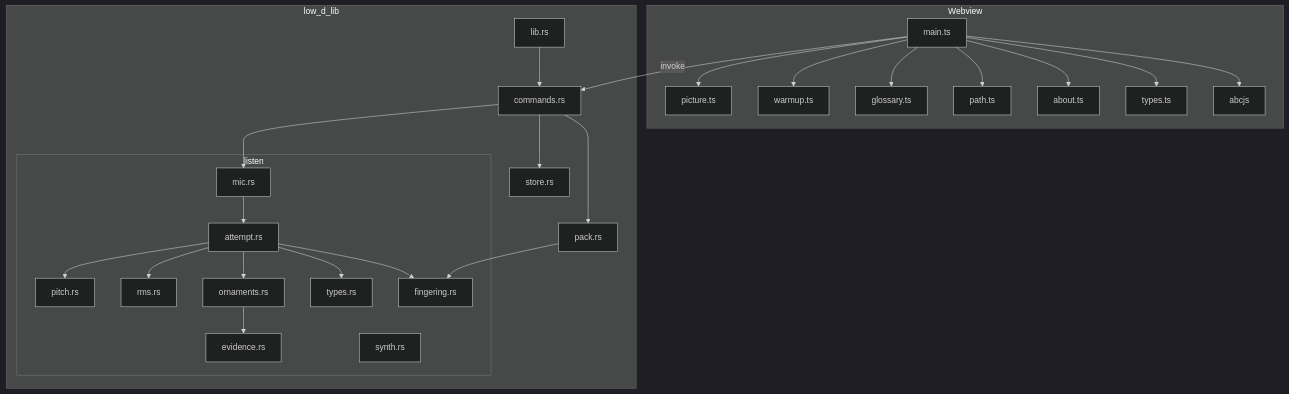
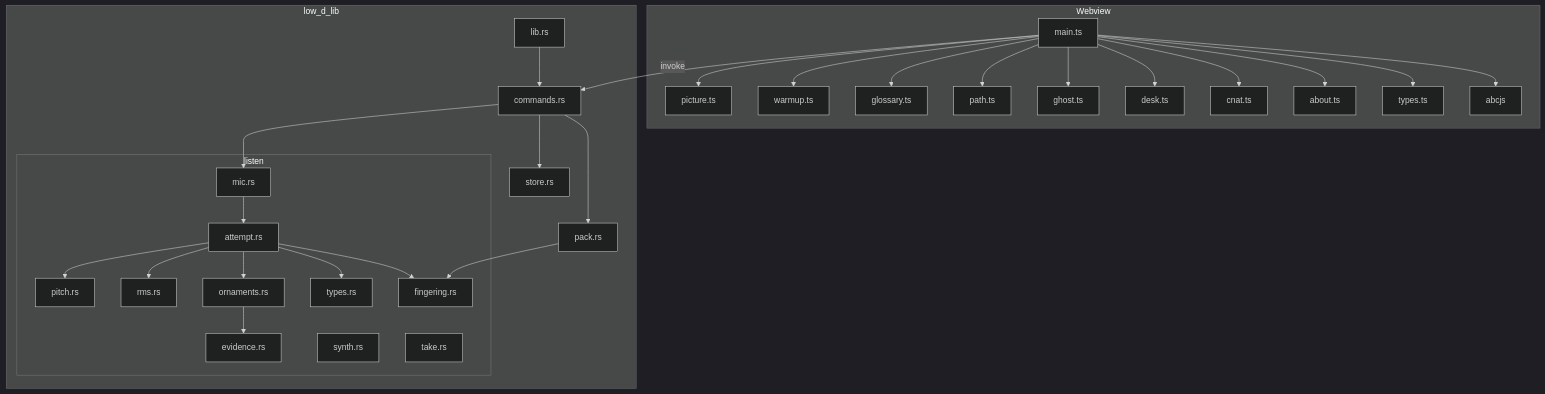
Before and after one commit to glen-w/lowDee: the second of 7 diagrams in ARCHITECTURE.md, drawn with Mermaid (dark theme). The commit also changed other lines of this file and 30 other files, not shown here.

````diff
--- a/ARCHITECTURE.md
+++ b/ARCHITECTURE.md
@@ -44,52 +44,59 @@
 ```mermaid
 flowchart TB
   subgraph webview [Webview]
     maints[main.ts]
     picture[picture.ts]
     warmup[warmup.ts]
     gloss[glossary.ts]
     pathmod[path.ts]
+    ghost[ghost.ts]
+    desk[desk.ts]
+    cnat[cnat.ts]
     about[about.ts]
     types[types.ts]
     abc[abcjs]
     maints --> picture
     maints --> warmup
     maints --> gloss
     maints --> pathmod
+    maints --> ghost
+    maints --> desk
+    maints --> cnat
     maints --> about
     maints --> types
     maints --> abc
   end
 
   subgraph rust [low_d_lib]
     lib[lib.rs]
     commands[commands.rs]
     packmod[pack.rs]
     storemod[store.rs]
     subgraph listen [listen]
       mic[mic.rs]
       attempt[attempt.rs]
       pitch[pitch.rs]
       rms[rms.rs]
       orn[ornaments.rs]
       evidence[evidence.rs]
       synth[synth.rs]
+      take[take.rs]
       ltypes[types.rs]
       fingering[fingering.rs]
     end
     lib --> commands
     commands --> packmod
     commands --> storemod
     commands --> mic
     mic --> attempt
     attempt --> pitch
     attempt --> rms
     attempt --> orn
     attempt --> ltypes
     attempt --> fingering
     packmod --> fingering
     orn --> evidence
   end
 
   maints -->|invoke| commands
 ```
````
